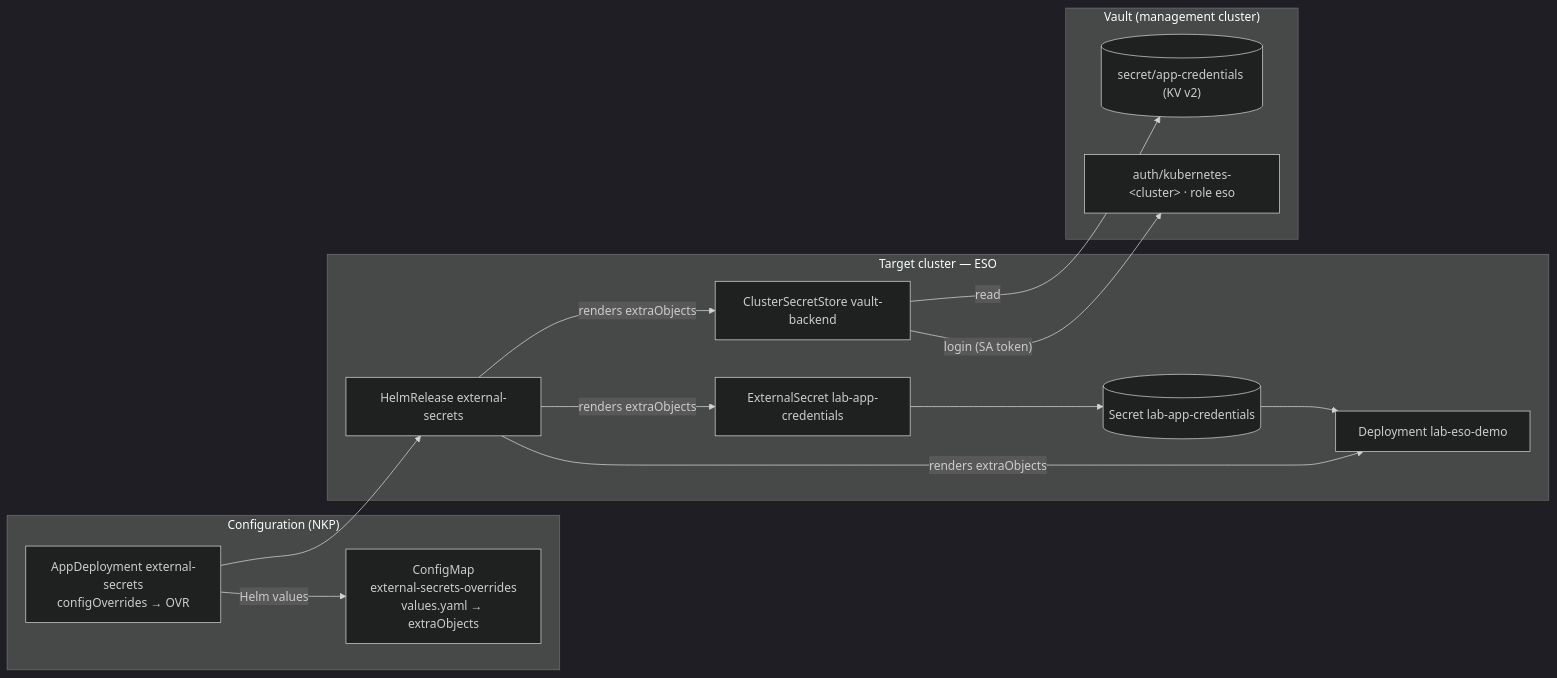
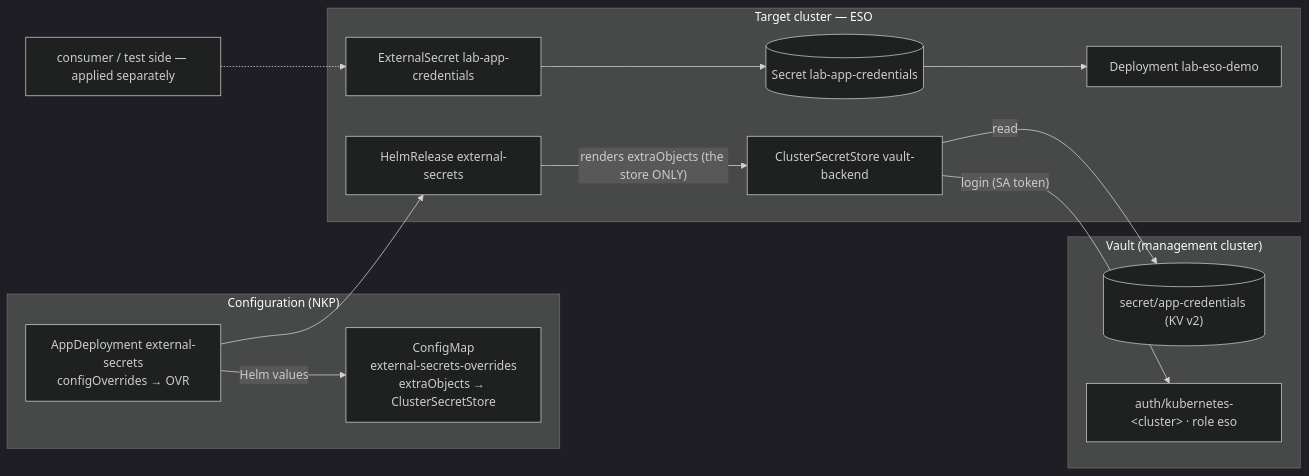
The first of 4 diagrams in 10-vault-eso/diagrams/README.md (fernandoquinino-ntx/nkp-labs), drawn with Mermaid (dark theme) before and after one commit. The commit also changed other lines of this file and 7 other files, not shown here.

First line of the commit message:
refactor(10): the AppDeployment override carries only the ClusterSecretStore

````diff
--- a/10-vault-eso/diagrams/README.md
+++ b/10-vault-eso/diagrams/README.md
@@ -16,29 +19,28 @@
 ```mermaid
 flowchart LR
   subgraph CFG["Configuration (NKP)"]
-    OVR["ConfigMap<br/>external-secrets-overrides<br/>values.yaml → extraObjects"]
+    OVR["ConfigMap<br/>external-secrets-overrides<br/>extraObjects → ClusterSecretStore"]
     AD["AppDeployment external-secrets<br/>configOverrides → OVR"]
     AD -- "Helm values" --> OVR
   end
 
   subgraph TGT["Target cluster — ESO"]
     HR["HelmRelease external-secrets"]
     CSS["ClusterSecretStore vault-backend"]
     ES["ExternalSecret lab-app-credentials"]
     SEC[("Secret lab-app-credentials")]
     APP["Deployment lab-eso-demo"]
     ES --> SEC --> APP
   end
 
   subgraph VT["Vault (management cluster)"]
     KV[("secret/app-credentials (KV v2)")]
     AU["auth/kubernetes-&lt;cluster&gt; · role eso"]
   end
 
   AD --> HR
-  HR -- "renders extraObjects" --> CSS
-  HR -- "renders extraObjects" --> ES
-  HR -- "renders extraObjects" --> APP
+  HR -- "renders extraObjects (the store ONLY)" --> CSS
   CSS -- "login (SA token)" --> AU
   CSS -- "read" --> KV
+  CONS["consumer / test side — applied separately"] -.-> ES
 ```
````
